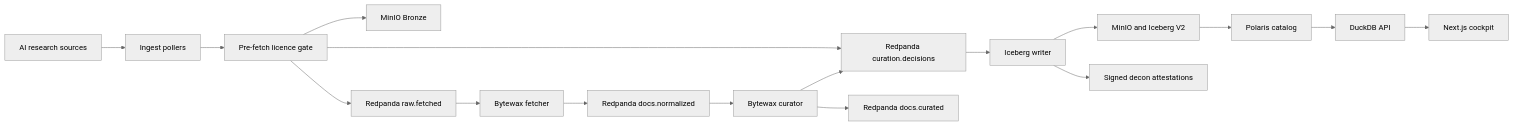
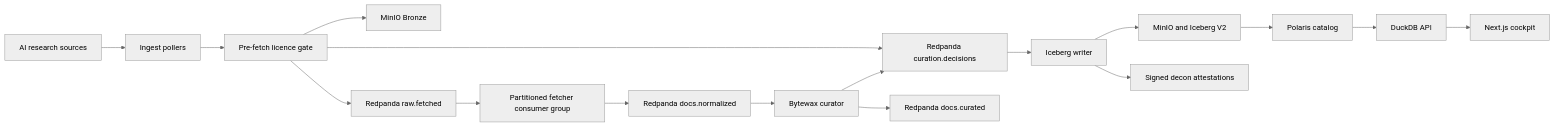
Before and after one commit to 0Chris5R/Stream2Pretrain: the diagram in README.md, drawn with Mermaid (neutral theme). The commit also changed other lines of this file and 48 other files, not shown here.

````diff
--- a/README.md
+++ b/README.md
@@ -44,19 +44,19 @@
 ```mermaid
 flowchart LR
     sources["AI research sources"] --> ingest["Ingest pollers"]
     ingest --> licence["Pre-fetch licence gate"]
     licence --> decisions["Corpus route ledger"]
     licence --> bronze["MinIO Bronze"]
     licence --> raw["Redpanda raw.fetched"]
-    raw --> fetcher["Bytewax fetcher"]
+    raw --> fetcher["Partitioned fetcher consumer group"]
     fetcher --> normalized["Redpanda docs.normalized"]
     normalized --> curate["Bytewax curator"]
     curate --> decisions["Redpanda curation.decisions"]
     curate --> clean["Redpanda docs.curated"]
     decisions --> writer["Iceberg writer"]
     writer --> lakehouse["MinIO and Iceberg V2"]
     writer --> attest["Signed decon attestations"]
     lakehouse --> catalog["Polaris catalog"]
     catalog --> query["DuckDB API"]
     query --> ui["Next.js cockpit"]
 ```
````
